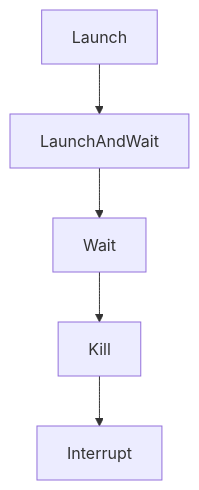
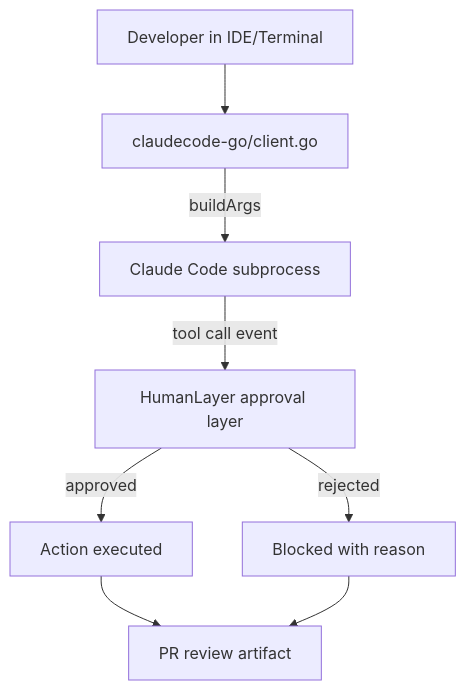
One commit to johnxie/awesome-code-docs changed the diagram in tutorials/humanlayer-tutorial/06-ide-and-cli-integration-patterns.md. Above: the diagram before and after it, drawn with Mermaid. The commit also changed other lines of this file and 1232 other files, not shown here.

````diff
--- a/tutorials/humanlayer-tutorial/06-ide-and-cli-integration-patterns.md
+++ b/tutorials/humanlayer-tutorial/06-ide-and-cli-integration-patterns.md
@@ -199,12 +40,10 @@
 ```mermaid
 flowchart TD
-    A[Launch]
-    B[LaunchAndWait]
-    C[Wait]
-    D[Kill]
-    E[Interrupt]
-    A --> B
-    B --> C
-    C --> D
-    D --> E
+    A[Developer in IDE/Terminal] --> B[claudecode-go/client.go]
+    B -->|buildArgs| C[Claude Code subprocess]
+    C -->|tool call event| D[HumanLayer approval layer]
+    D -->|approved| E[Action executed]
+    D -->|rejected| F[Blocked with reason]
+    E --> G[PR review artifact]
+    F --> G
 ```
````
